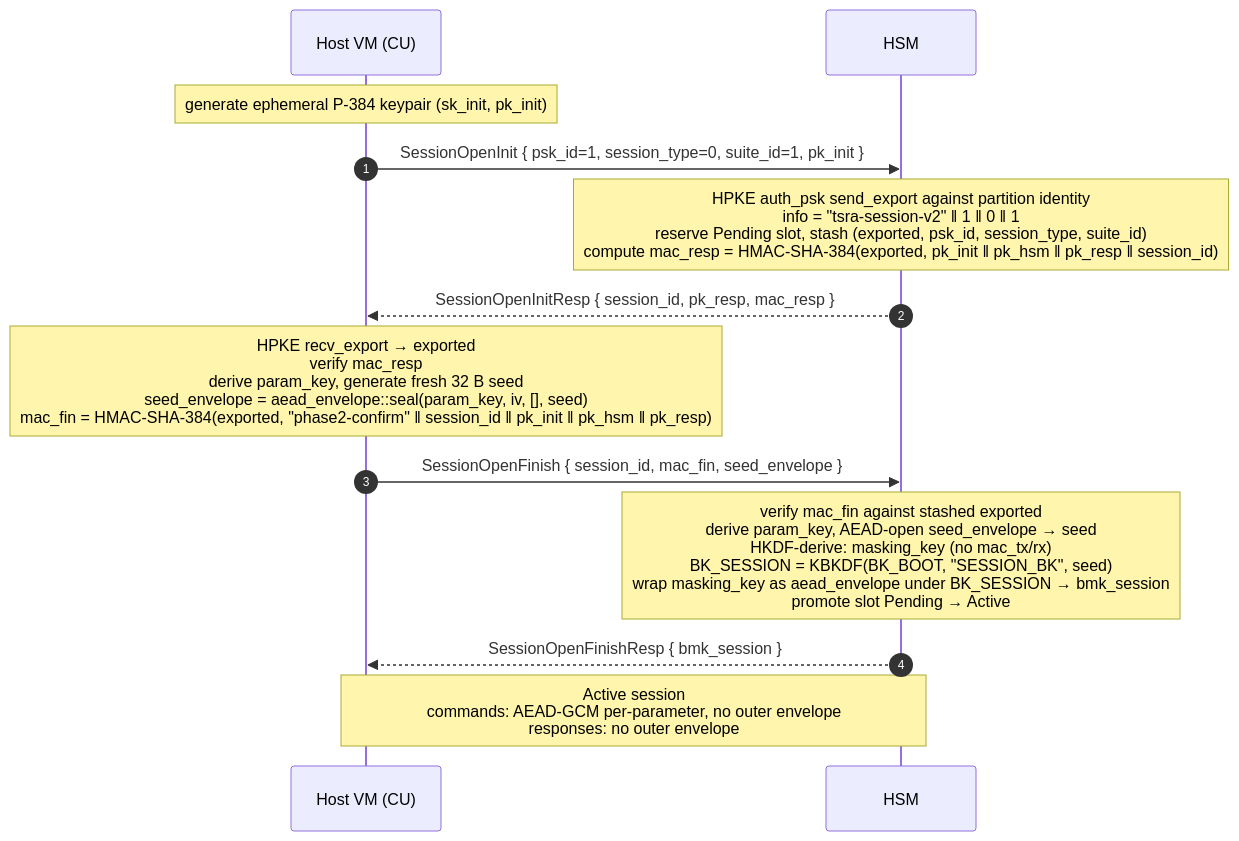
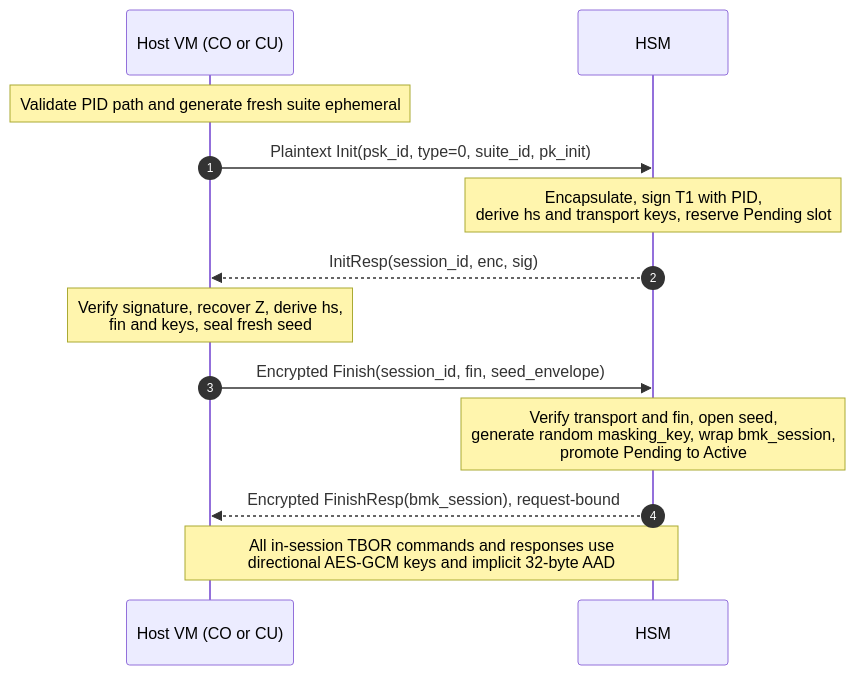
The diagram in docs/tbor-ddi/README.md (TesseraHSM/tessera-sw), drawn with Mermaid before and after one commit. The commit also changed other lines of this file and 331 other files, not shown here.

First line of the commit message:
Bind secure sessions to API revisions and pinned partition identity

````diff
--- a/docs/tbor-ddi/README.md
+++ b/docs/tbor-ddi/README.md
@@ -285,18 +264,16 @@
 ```mermaid
 sequenceDiagram
     autonumber
-    participant Host as Host VM (CU)
+    participant Host as Host VM (CO or CU)
     participant HSM
 
-    Note over Host: generate ephemeral P-384 keypair (sk_init, pk_init)
-    Host->>HSM: SessionOpenInit { psk_id=1, session_type=0, suite_id=1, pk_init }
-    Note over HSM: HPKE auth_psk send_export against partition identity<br/>info = "tsra-session-v2" ‖ 1 ‖ 0 ‖ 1<br/>reserve Pending slot, stash (exported, psk_id, session_type, suite_id)<br/>compute mac_resp = HMAC-SHA-384(exported, pk_init ‖ pk_hsm ‖ pk_resp ‖ session_id)
-    HSM-->>Host: SessionOpenInitResp { session_id, pk_resp, mac_resp }
-
-    Note over Host: HPKE recv_export → exported<br/>verify mac_resp<br/>derive param_key, generate fresh 32 B seed<br/>seed_envelope = aead_envelope::seal(param_key, iv, [], seed)<br/>mac_fin = HMAC-SHA-384(exported, "phase2-confirm" ‖ session_id ‖ pk_init ‖ pk_hsm ‖ pk_resp)
-    Host->>HSM: SessionOpenFinish { session_id, mac_fin, seed_envelope }
-    Note over HSM: verify mac_fin against stashed exported<br/>derive param_key, AEAD-open seed_envelope → seed<br/>HKDF-derive: masking_key (no mac_tx/rx)<br/>BK_SESSION = KBKDF(BK_BOOT, "SESSION_BK", seed)<br/>wrap masking_key as aead_envelope under BK_SESSION → bmk_session<br/>promote slot Pending → Active
-    HSM-->>Host: SessionOpenFinishResp { bmk_session }
-
-    Note over Host,HSM: Active session<br/>commands: AEAD-GCM per-parameter, no outer envelope<br/>responses: no outer envelope
+    Note over Host: Validate PID path and generate fresh suite ephemeral
+    Host->>HSM: Plaintext Init(psk_id, type=0, suite_id, pk_init)
+    Note over HSM: Encapsulate, sign T1 with PID,<br/>derive hs and transport keys, reserve Pending slot
+    HSM-->>Host: InitResp(session_id, enc, sig)
+    Note over Host: Verify signature, recover Z, derive hs,<br/>fin and keys, seal fresh seed
+    Host->>HSM: Encrypted Finish(session_id, fin, seed_envelope)
+    Note over HSM: Verify transport and fin, open seed,<br/>generate random masking_key, wrap bmk_session,<br/>promote Pending to Active
+    HSM-->>Host: Encrypted FinishResp(bmk_session), request-bound
+    Note over Host,HSM: All in-session TBOR commands and responses use<br/>directional AES-GCM keys and implicit 32-byte AAD
 ```
````
